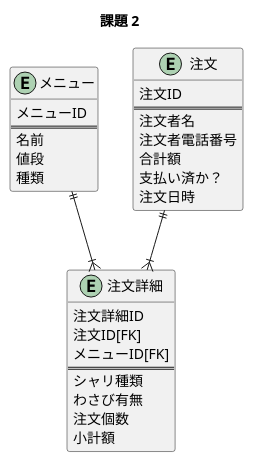
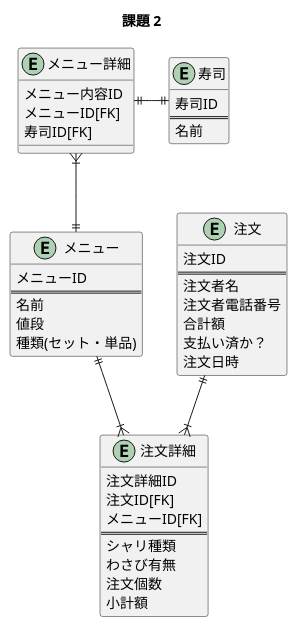
One commit to naniwadari/praha_challenge changed the diagram in db/DBモデリング1/kadai2.pu. Above: the diagram before and after it, drawn with PlantUML. The commit also changed 5 other files, not shown here.

```diff
--- a/db/DBモデリング1/kadai2.pu
+++ b/db/DBモデリング1/kadai2.pu
@@ -1,34 +1,48 @@
 @startuml
   title 課題 2
   entity "メニュー" {
     メニューID
     ==
     名前
     値段
-    種類
+    種類(セット・単品)
+  }
+
+  entity "メニュー詳細" {
+    メニュー内容ID
+    メニューID[FK]
+    寿司ID[FK]
+  }
+
+  entity "寿司" {
+    寿司ID
+    ==
+    名前
   }
 
   entity "注文" {
     注文ID
     ==
     注文者名
     注文者電話番号
     合計額
     支払い済か？
     注文日時
   }
 
   entity "注文詳細" {
     注文詳細ID
     注文ID[FK]
     メニューID[FK]
     ==
     シャリ種類
     わさび有無
     注文個数
     小計額
   }
 
+  メニュー詳細 }|--|| メニュー
+  メニュー詳細 ||-r-|| 寿司
   注文 ||--|{ 注文詳細
   メニュー ||--|{ 注文詳細
 @enduml
```
